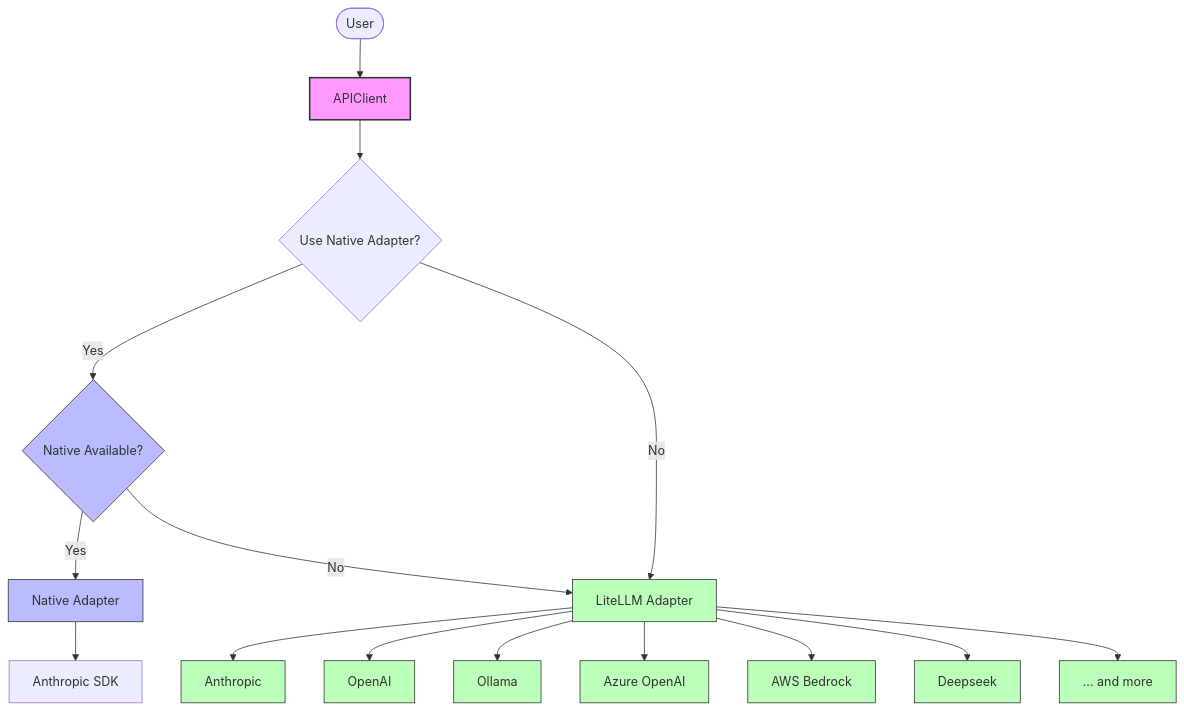
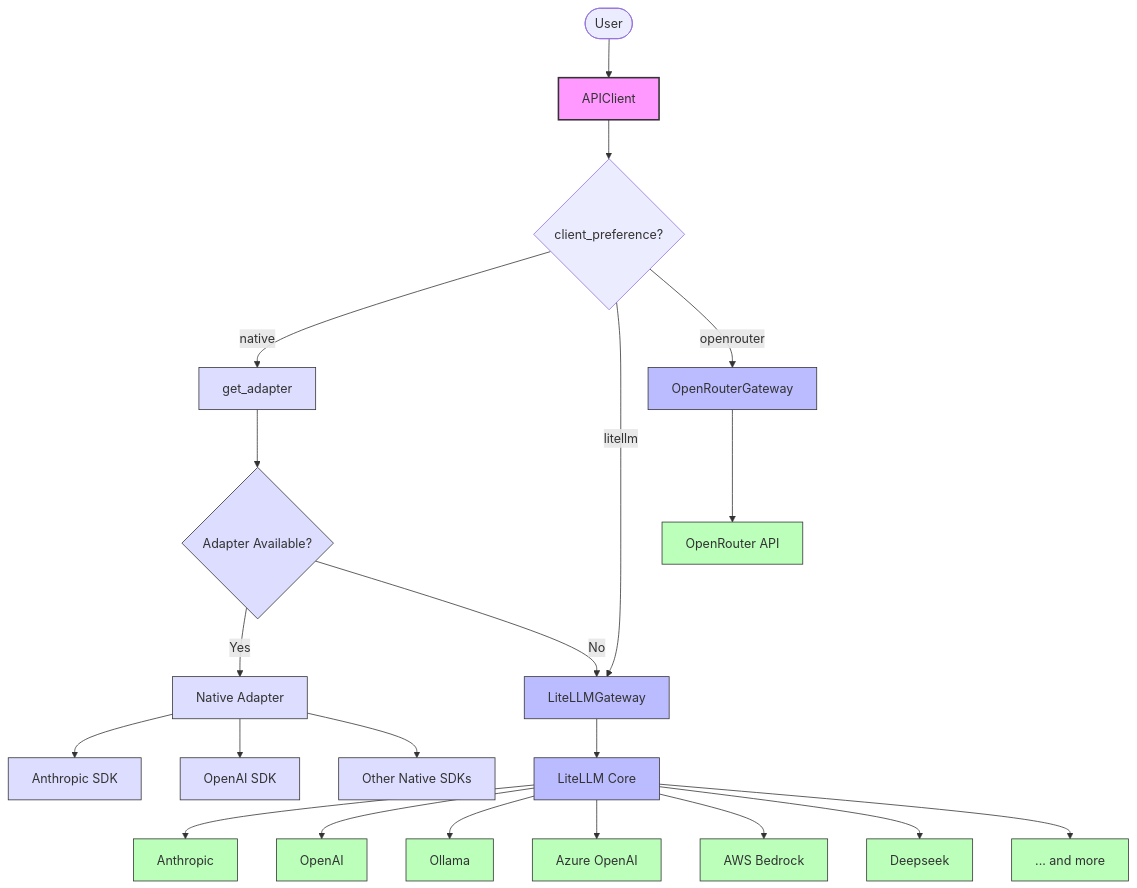
Before and after one commit to Maximooch/penguin: the second of 3 diagrams in docs/docs/api_reference/api_client.md, drawn with Mermaid. The commit also changed other lines of this file and 6 other files, not shown here.

````diff
--- a/docs/docs/api_reference/api_client.md
+++ b/docs/docs/api_reference/api_client.md
@@ -83,31 +68,39 @@
 ```mermaid
 flowchart TD
     User([User]) --> APIClient[APIClient]
-    
-    APIClient --> AdapterChoice{Use Native Adapter?}
-    
-    AdapterChoice -- Yes --> FindNative{Native Available?}
-    AdapterChoice -- No --> LiteLLM[LiteLLM Adapter]
-    
-    FindNative -- Yes --> NativeAdapter[Native Adapter]
-    FindNative -- No --> LiteLLM
-    
+
+    APIClient --> ClientPreference{client_preference?}
+
+    ClientPreference -->|native| NativeHandler[get_adapter]
+    ClientPreference -->|litellm| LiteLLMGateway[LiteLLMGateway]
+    ClientPreference -->|openrouter| OpenRouterGateway[OpenRouterGateway]
+
+    NativeHandler --> FindAdapter{Adapter Available?}
+    FindAdapter -->|Yes| NativeAdapter[Native Adapter]
+    FindAdapter -->|No| LiteLLMGateway
+
     NativeAdapter --> Anthropic[Anthropic SDK]
-    
-    LiteLLM --> AnthropicLL[Anthropic]
-    LiteLLM --> OpenAILL[OpenAI]
-    LiteLLM --> OllamaLL[Ollama]
-    LiteLLM --> Azure[Azure OpenAI]
-    LiteLLM --> Bedrock[AWS Bedrock]
-    LiteLLM --> DeepseekLL[Deepseek]
-    LiteLLM --> More[... and more]
-    
+    NativeAdapter --> OpenAI[OpenAI SDK]
+    NativeAdapter --> MoreNative[Other Native SDKs]
+
+    LiteLLMGateway --> LiteLLMCore[LiteLLM Core]
+    LiteLLMCore --> AnthropicLL[Anthropic]
+    LiteLLMCore --> OpenAILL[OpenAI]
+    LiteLLMCore --> OllamaLL[Ollama]
+    LiteLLMCore --> Azure[Azure OpenAI]
+    LiteLLMCore --> Bedrock[AWS Bedrock]
+    LiteLLMCore --> DeepseekLL[Deepseek]
+    LiteLLMCore --> More[... and more]
+
+    OpenRouterGateway --> OpenRouterAPI[OpenRouter API]
+
     classDef client fill:#f9f,stroke:#333,stroke-width:2px
-    classDef native fill:#bbf,stroke:#333,stroke-width:1px
+    classDef gateway fill:#bbf,stroke:#333,stroke-width:1px
+    classDef native fill:#ddf,stroke:#333,stroke-width:1px
     classDef external fill:#bfb,stroke:#333,stroke-width:1px
-    classDef planned fill:#fbb,stroke:#333,stroke-width:1px,stroke-dasharray: 5 5
-    
+
     class APIClient client
-    class NativeAdapter,FindNative native
-    class LiteLLM,AnthropicLL,OpenAILL,OllamaLL,Azure,Bedrock,DeepseekLL,More external
+    class NativeHandler,FindAdapter,NativeAdapter,Anthropic,OpenAI,MoreNative native
+    class LiteLLMGateway,OpenRouterGateway,LiteLLMCore gateway
+    class AnthropicLL,OpenAILL,OllamaLL,Azure,Bedrock,DeepseekLL,More,OpenRouterAPI external
 ```
````
